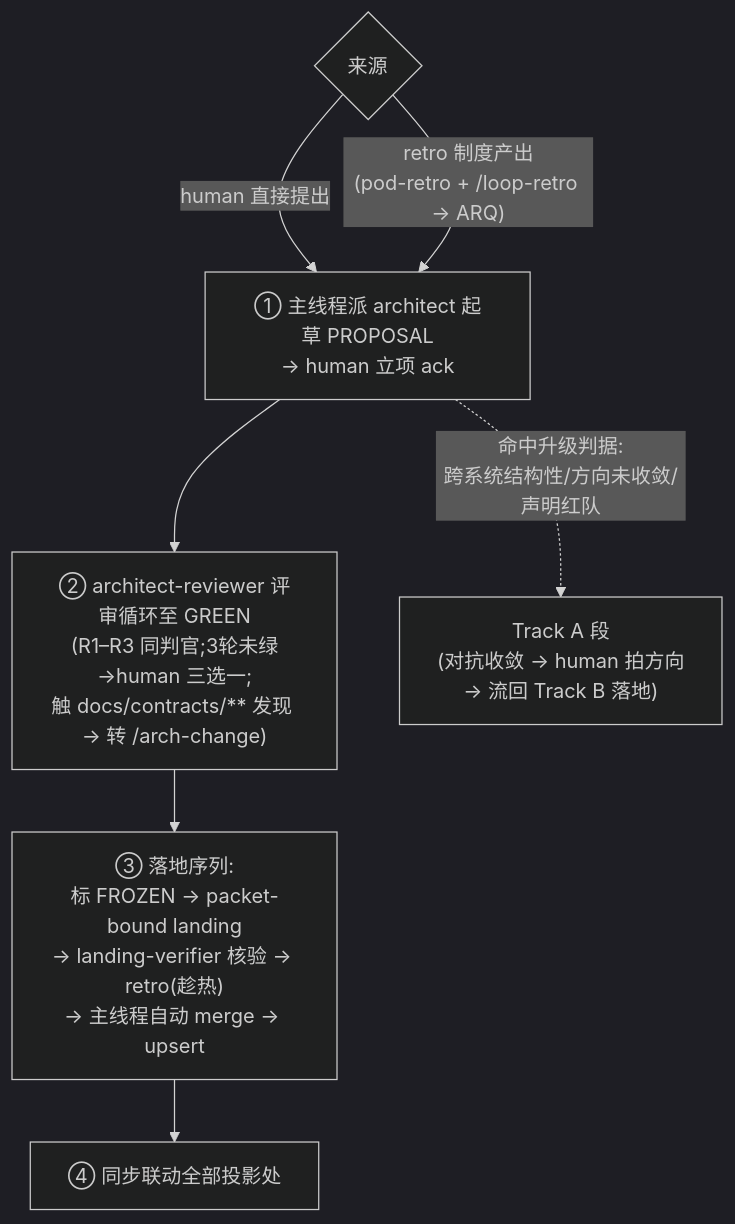
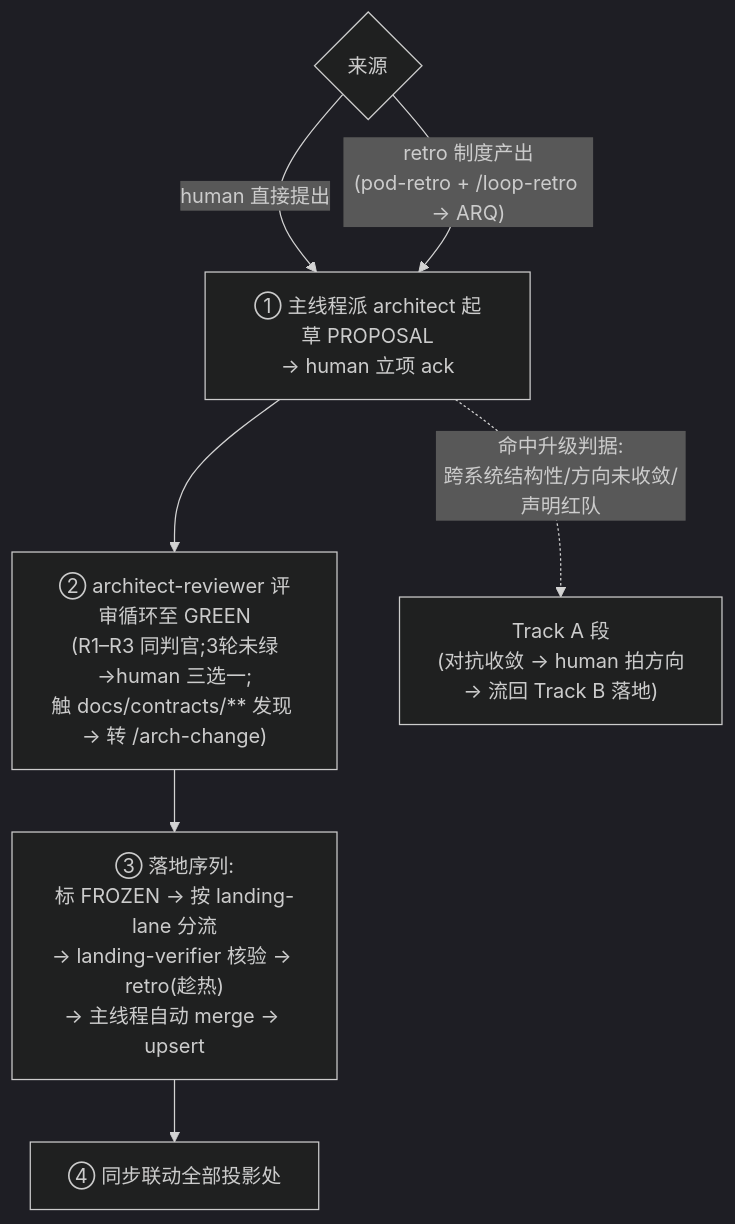
The fourth of 5 diagrams in docs/DEV-GOVERNANCE.md (fandanpeng/KidPal), drawn with Mermaid (dark theme) before and after one commit. The commit also changed other lines of this file and 31 other files, not shown here.

````diff
--- a/docs/DEV-GOVERNANCE.md
+++ b/docs/DEV-GOVERNANCE.md
@@ -132,9 +132,9 @@
 ```mermaid
 flowchart TD
     SRC{"来源"} -->|"human 直接提出"| D1
     SRC -->|"retro 制度产出<br/>(pod-retro + /loop-retro → ARQ)"| D1
     D1["① 主线程派 architect 起草 PROPOSAL<br/>→ human 立项 ack"] --> REV["② architect-reviewer 评审循环至 GREEN<br/>(R1–R3 同判官;3轮未绿→human 三选一;<br/>触 docs/contracts/** 发现 → 转 /arch-change)"]
-    REV --> SEQ["③ 落地序列:<br/>标 FROZEN → packet-bound landing<br/>→ landing-verifier 核验 → retro(趁热)<br/>→ 主线程自动 merge → upsert"]
+    REV --> SEQ["③ 落地序列:<br/>标 FROZEN → 按 landing-lane 分流<br/>→ landing-verifier 核验 → retro(趁热)<br/>→ 主线程自动 merge → upsert"]
     SEQ --> SYNC["④ 同步联动全部投影处"]
     D1 -.->|"命中升级判据:<br/>跨系统结构性/方向未收敛/声明红队"| TA["Track A 段<br/>(对抗收敛 → human 拍方向<br/>→ 流回 Track B 落地)"]
 ```
````
